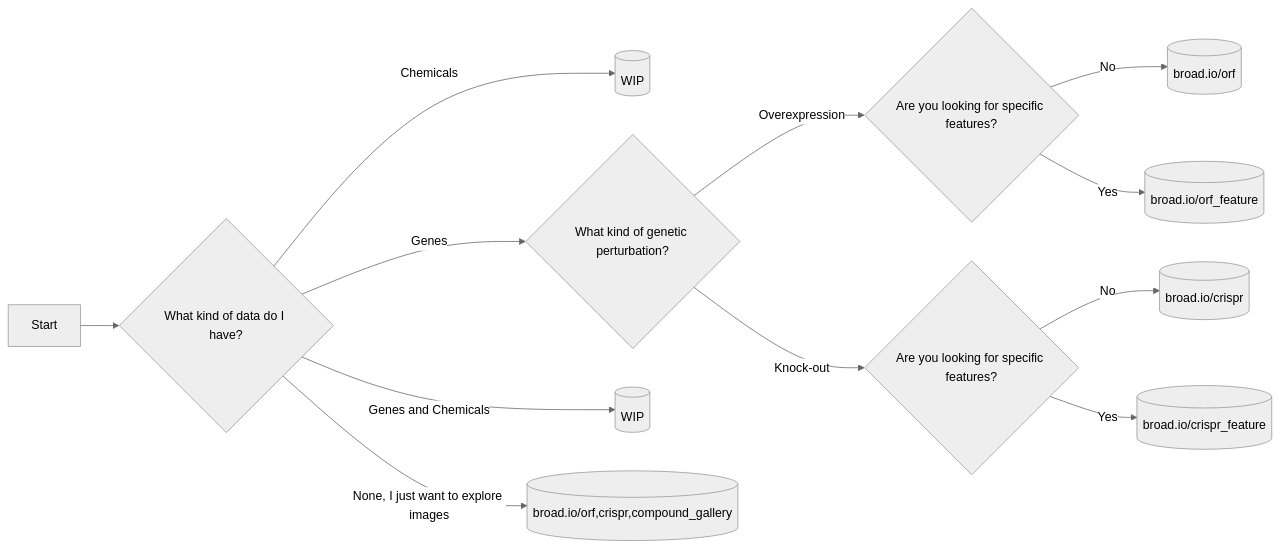
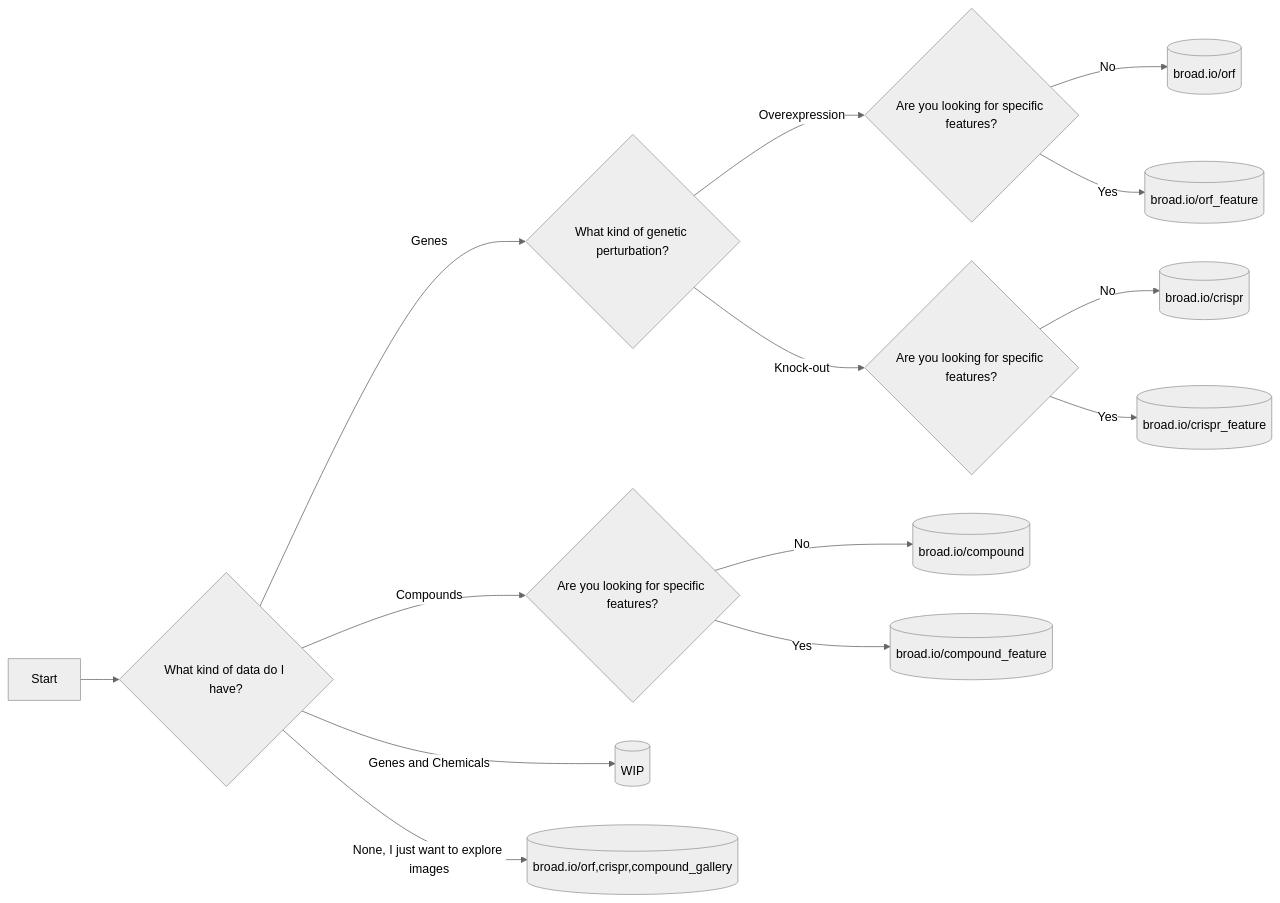
Before and after one commit to broadinstitute/monorepo: the diagram in libs/jump_rr/README.md, drawn with Mermaid (neutral theme). The commit also changed other lines of this file, not shown here.

Commit message:
docs(rr): add compounds links and uv instructions

````diff
--- a/libs/jump_rr/README.md
+++ b/libs/jump_rr/README.md
@@ -16,14 +16,16 @@
 ```mermaid
 flowchart LR
     A[Start] --> B{What kind of data do I have?}
-    B -- Chemicals --> C[(WIP)]
+    B -- Compounds --> compounds{Are you looking for specific features?}
     B -- Genes --> D{What kind of genetic perturbation?}
     B -- Genes and Chemicals --> asd[(WIP)]
     B -- None, I just want to explore images --> images[(broad.io/orf,crispr,compound_gallery)]
     D -- Overexpression --> orf{Are you looking for specific features?}
     D -- Knock-out --> crispr{Are you looking for specific features?}
     orf -- No -->  F[(broad.io/orf)]
     orf -- Yes -->  G[(broad.io/orf_feature)]
     crispr -- No -->  H[(broad.io/crispr)]
     crispr -- Yes --> I[(broad.io/crispr_feature)]
+    compounds -- No --> J[(broad.io/compound)]
+    compounds -- Yes --> K[(broad.io/compound_feature)]
 ```
````
